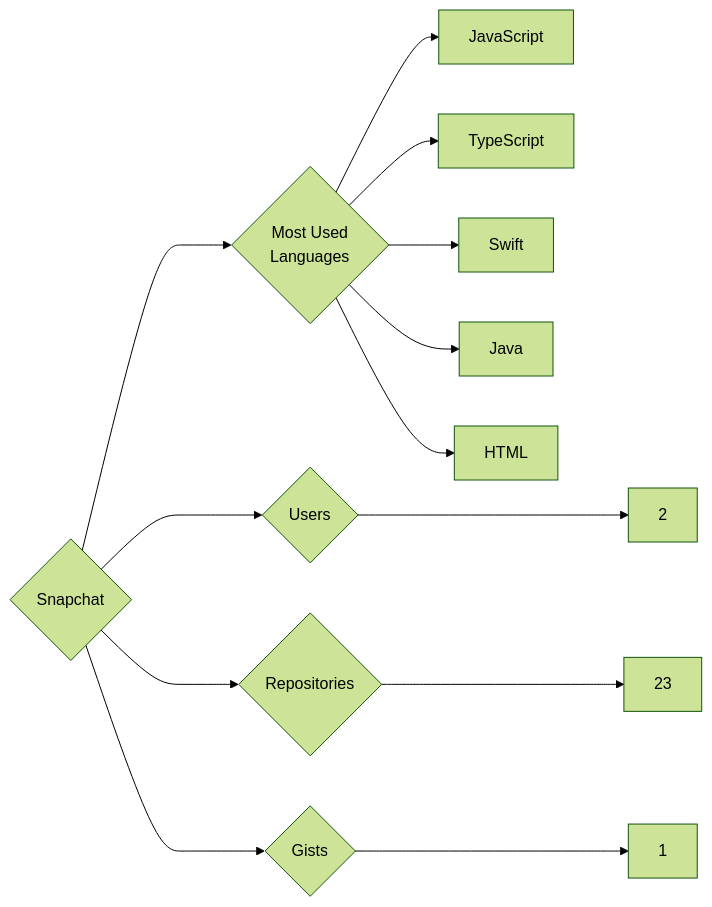
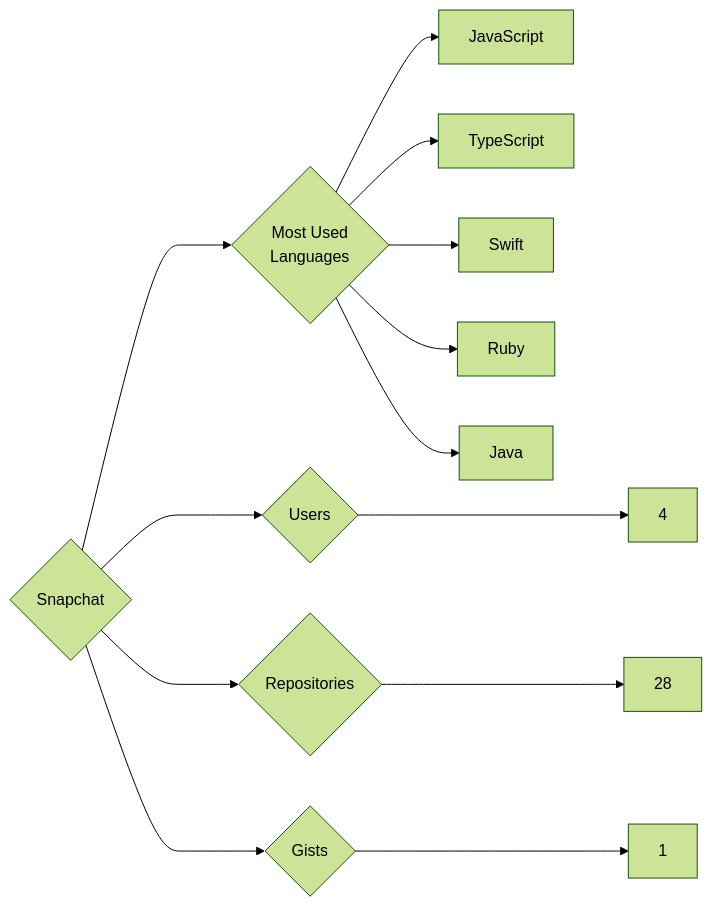
One commit to trickest/insiders changed the diagram in targets/Snapchat/README.md. Above: the diagram before and after it, drawn with Mermaid (forest theme). The commit also changed 870 other files, not shown here.

````diff
--- a/targets/Snapchat/README.md
+++ b/targets/Snapchat/README.md
@@ -3,13 +3,13 @@
 ```mermaid
 graph LR
 COMPANY_NAME{Snapchat}
-COMPANY_NAME ---> U{Users} ---> UN[2]
-COMPANY_NAME ---> R{Repositories} ---> RN[23]
+COMPANY_NAME ---> U{Users} ---> UN[4]
+COMPANY_NAME ---> R{Repositories} ---> RN[28]
 COMPANY_NAME ---> G{Gists} ---> GN[1]
 COMPANY_NAME ---> ML{Most Used<br>Languages}
 ML --> JavaScript[JavaScript]
 ML --> TypeScript[TypeScript]
 ML --> Swift[Swift]
+ML --> Ruby[Ruby]
 ML --> Java[Java]
-ML --> HTML[HTML]
 ```
````
